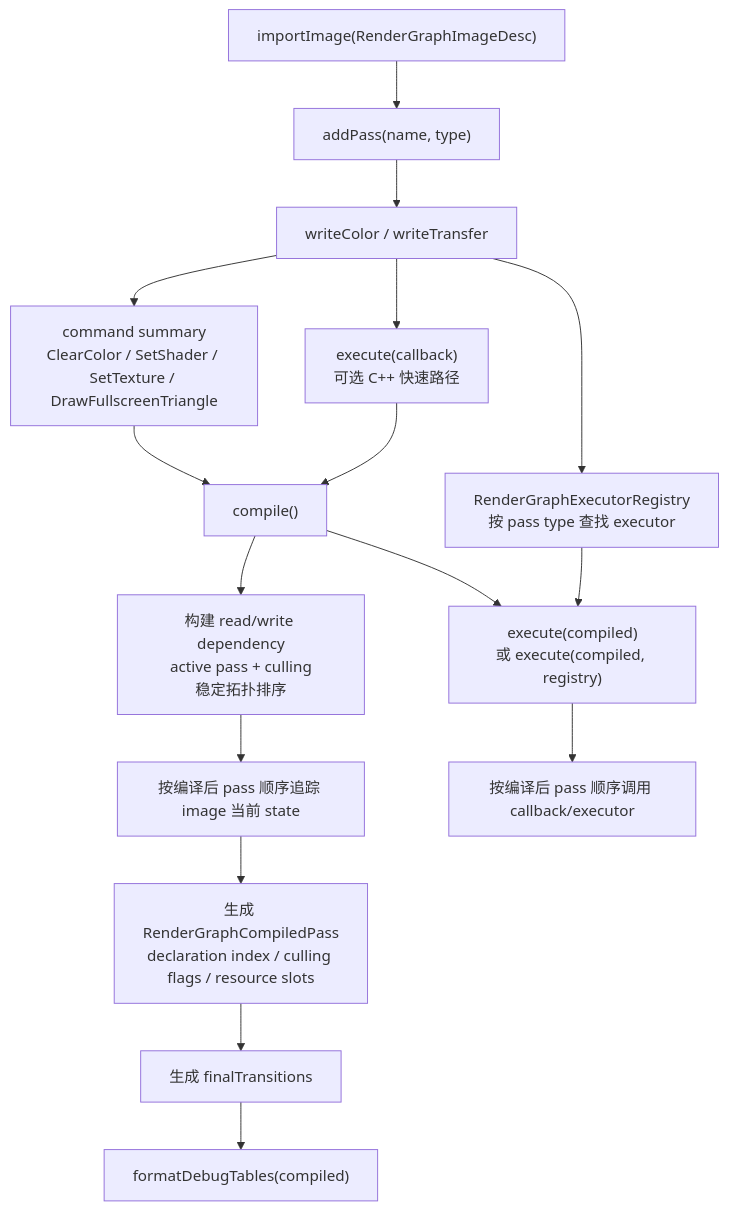
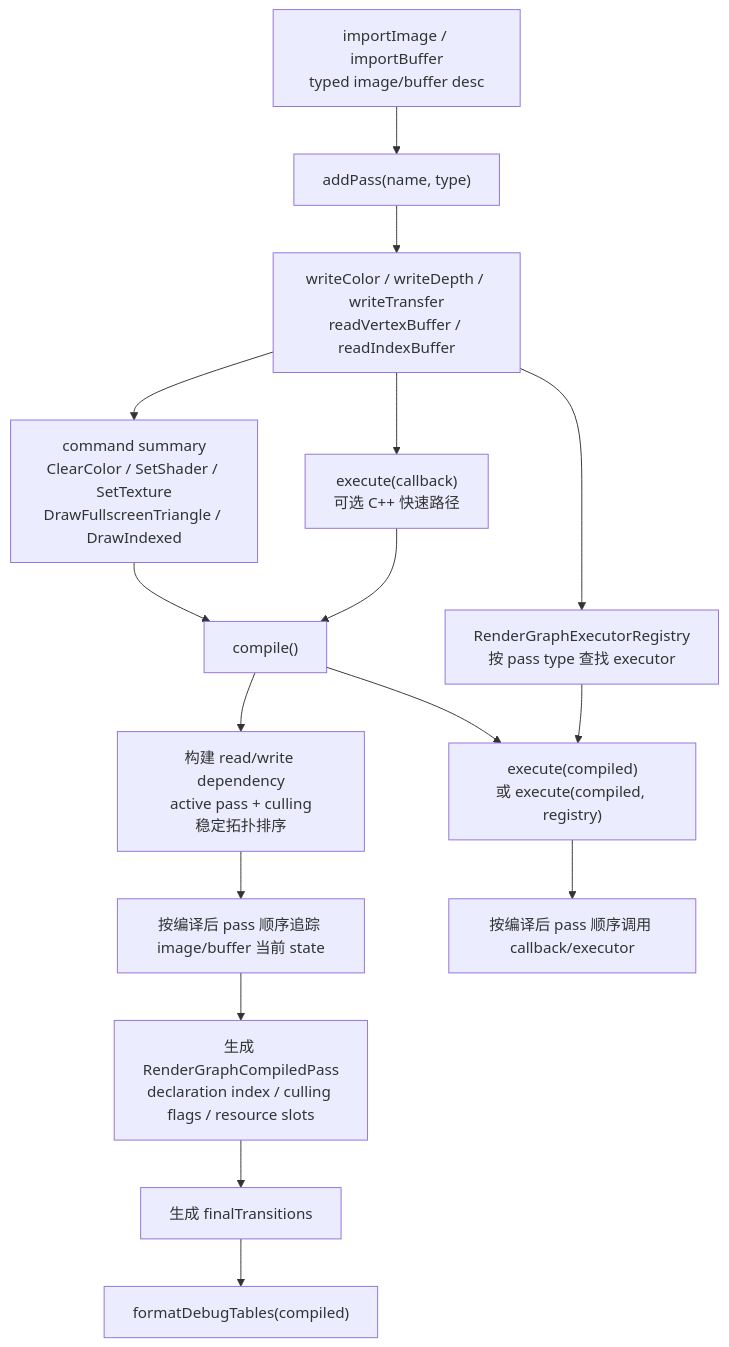
Before and after one commit to 66six11/Engine: diagram 22 of 25 in docs/architecture/flow.md, drawn with Mermaid. The commit also changed other lines of this file and 81 other files, not shown here.

````diff
--- a/docs/architecture/flow.md
+++ b/docs/architecture/flow.md
@@ -1612,26 +1659,26 @@
 ```mermaid
 flowchart TD
-    Import["importImage(RenderGraphImageDesc)"]
+    Import["importImage / importBuffer<br/>typed image/buffer desc"]
     AddPass["addPass(name, type)"]
-    Writes["writeColor / writeTransfer"]
+    Writes["writeColor / writeDepth / writeTransfer<br/>readVertexBuffer / readIndexBuffer"]
     Callback["execute(callback)<br/>可选 C++ 快速路径"]
-    Commands["command summary<br/>ClearColor / SetShader / SetTexture / DrawFullscreenTriangle"]
+    Commands["command summary<br/>ClearColor / SetShader / SetTexture<br/>DrawFullscreenTriangle / DrawIndexed"]
     Registry["RenderGraphExecutorRegistry<br/>按 pass type 查找 executor"]
     Compile["compile()"]
     Dependencies["构建 read/write dependency<br/>active pass + culling<br/>稳定拓扑排序"]
-    Track["按编译后 pass 顺序追踪 image 当前 state"]
+    Track["按编译后 pass 顺序追踪 image/buffer 当前 state"]
     PassPlan["生成 RenderGraphCompiledPass<br/>declaration index / culling flags / resource slots"]
     Final["生成 finalTransitions"]
     DebugTables["formatDebugTables(compiled)"]
     Execute["execute(compiled)<br/>或 execute(compiled, registry)"]
     Callbacks["按编译后 pass 顺序调用 callback/executor"]
 
     Import --> AddPass --> Writes --> Commands
     Writes --> Callback
     Writes --> Registry
     Commands --> Compile
     Callback --> Compile --> Dependencies --> Track --> PassPlan --> Final
     Final --> DebugTables
     Compile --> Execute
     Registry --> Execute --> Callbacks
 ```
````
